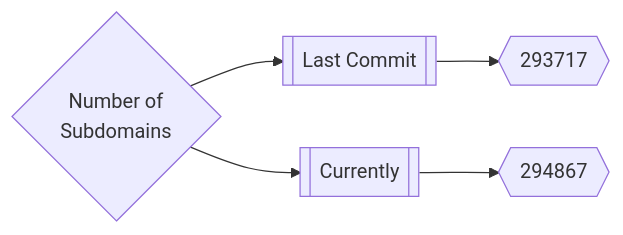
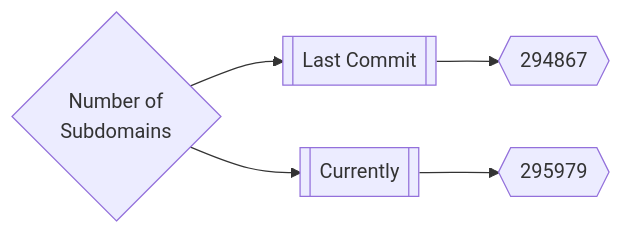
Before and after one commit to trickest/inventory: the first of 3 diagrams in README.md, drawn with Mermaid. The commit also changed other lines of this file, not shown here.

Commit message:
Update Tue May  3 02:56:44 UTC 2022

````diff
--- a/README.md
+++ b/README.md
@@ -165,5 +165,5 @@
 ```mermaid
 graph LR
-title{Number of<br>Subdomains} --> subdomainsDate1[[Last Commit]] --> subdomainsNum1{{293717}}
-title --> subdomainsDate2[[Currently]] --> subdomainsNum2{{294867}}
+title{Number of<br>Subdomains} --> subdomainsDate1[[Last Commit]] --> subdomainsNum1{{294867}}
+title --> subdomainsDate2[[Currently]] --> subdomainsNum2{{295979}}
 ```
````
